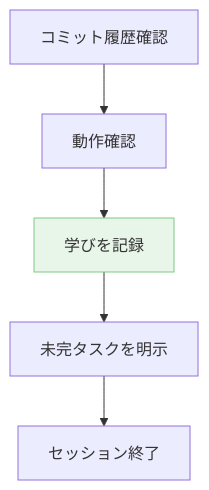
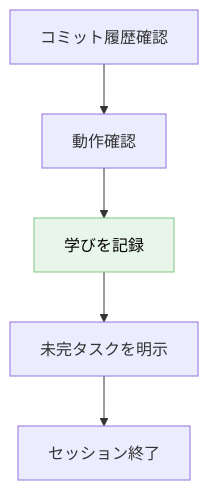
Before and after one commit to dinekt/dinekt-wiki: the fourth of 5 diagrams in docs/techniques/エージェントと協業する-1-日のワークフロー.md, drawn with Mermaid. The commit also changed other lines of this file and 71 other files, not shown here.

First line of the commit message:
fix: mermaid readability + remove GitHub repo toolbar

````diff
--- a/docs/techniques/エージェントと協業する-1-日のワークフロー.md
+++ b/docs/techniques/エージェントと協業する-1-日のワークフロー.md
@@ -108,9 +108,9 @@
 ```mermaid
 flowchart TD
     R[コミット履歴確認] --> V[動作確認]
     V --> L[学びを記録]
     L --> T[未完タスクを明示]
     T --> S[セッション終了]
 
-    style L fill:#e8f5e9,stroke:#81c784
+    style L fill:#e8f5e9,stroke:#81c784,color:#000
 ```
````
